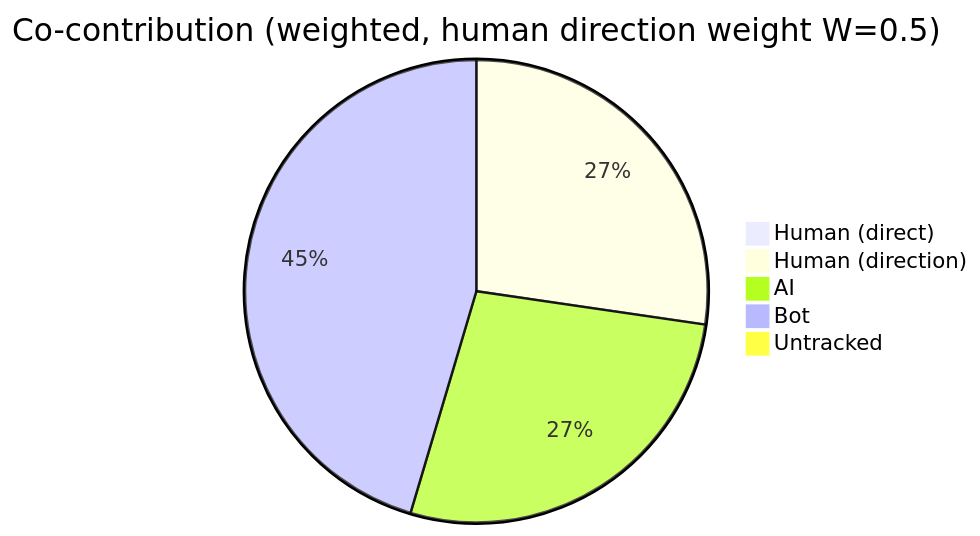
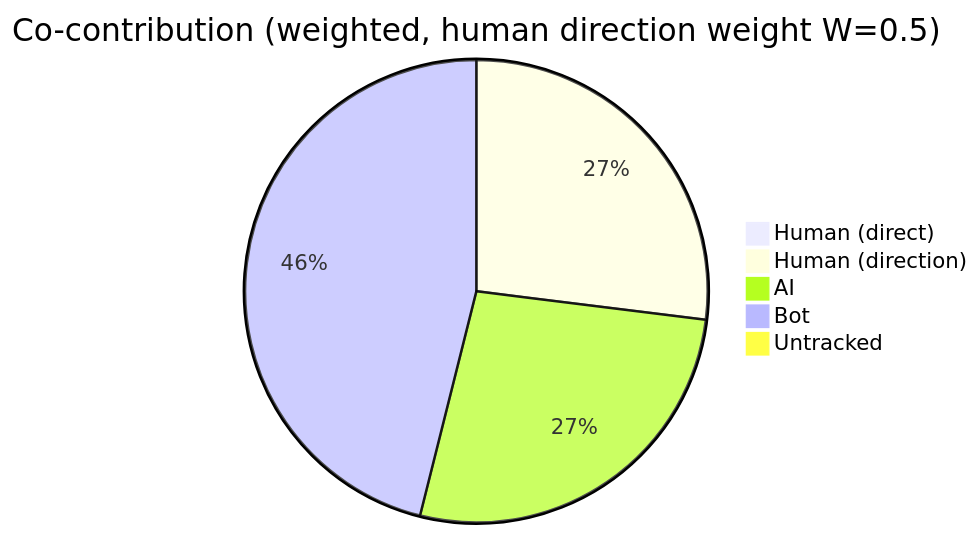
Before and after one commit to CaliMark/ai-authorship: the first of 4 diagrams in AI-AUTHORSHIP.md, drawn with Mermaid. The commit also changed other lines of this file and 1 other file, not shown here.

````diff
--- a/AI-AUTHORSHIP.md
+++ b/AI-AUTHORSHIP.md
@@ -23,8 +23,8 @@
 ```mermaid
 pie title Co-contribution (weighted, human direction weight W=0.5)
     "Human (direct)" : 0
     "Human (direction)" : 1522
     "AI" : 1521
-    "Bot" : 2531
+    "Bot" : 2601
     "Untracked" : 0
 ```
````
